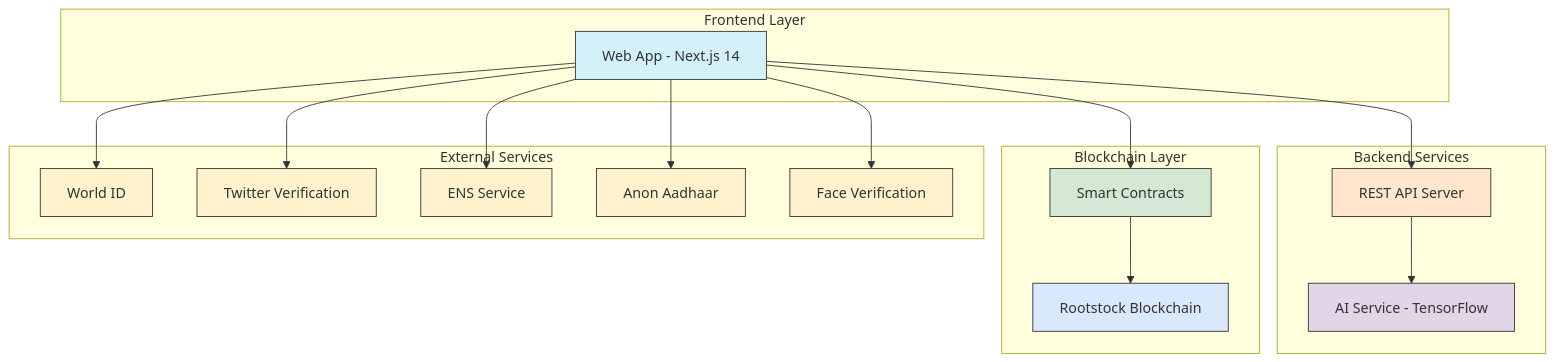
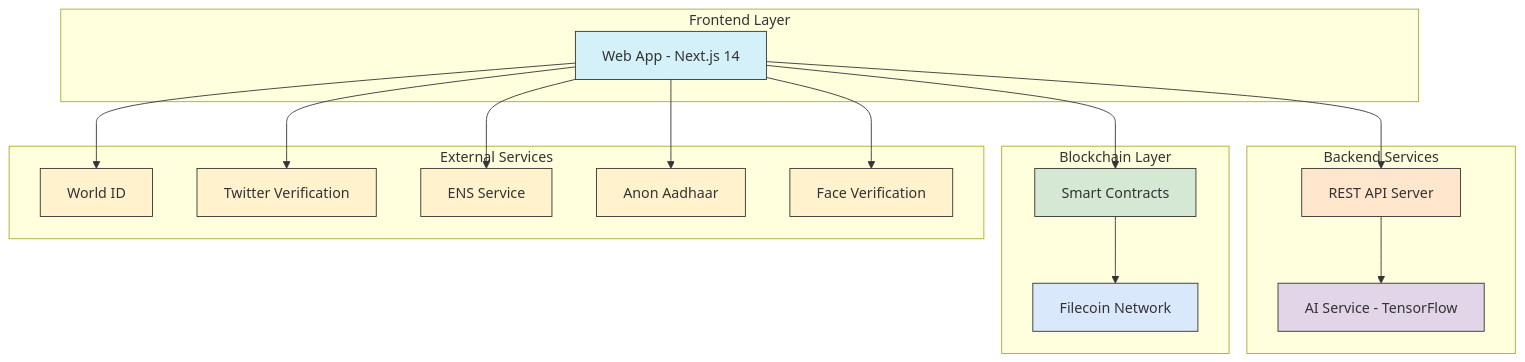
Before and after one commit to 0xKryptonian/universal-id: the first of 2 diagrams in README.md, drawn with Mermaid. The commit also changed other lines of this file, not shown here.

````diff
--- a/README.md
+++ b/README.md
@@ -30,45 +25,45 @@
 ```mermaid
 graph TD
     subgraph "Frontend Layer"
         WebApp[Web App - Next.js 14]
         style WebApp fill:#D4F1F9,stroke:#333
     end
 
     subgraph "Backend Services"
         Server[REST API Server]
         AI[AI Service - TensorFlow]
         style Server fill:#FFE6CC,stroke:#333
         style AI fill:#E1D5E7,stroke:#333
     end
 
     subgraph "Blockchain Layer"
         Contracts[Smart Contracts]
-        RootstockBC[Rootstock Blockchain]
+        FilecoinBC[Filecoin Network]
         style Contracts fill:#D5E8D4,stroke:#333
-        style RootstockBC fill:#DAE8FC,stroke:#333
+        style FilecoinBC fill:#DAE8FC,stroke:#333
     end
 
     subgraph "External Services"
         WorldCoin[World ID]
         Twitter[Twitter Verification]
         ENS[ENS Service]
         AnonAadhaar[Anon Aadhaar]
         FaceVerification[Face Verification]
         style WorldCoin fill:#FFF2CC,stroke:#333
         style Twitter fill:#FFF2CC,stroke:#333
         style ENS fill:#FFF2CC,stroke:#333
         style AnonAadhaar fill:#FFF2CC,stroke:#333
         style FaceVerification fill:#FFF2CC,stroke:#333
     end
 
     WebApp --> Server
     WebApp --> Contracts
     Server --> AI
-    Contracts --> RootstockBC
+    Contracts --> FilecoinBC
 
     WebApp --> WorldCoin
     WebApp --> Twitter
     WebApp --> ENS
     WebApp --> AnonAadhaar
     WebApp --> FaceVerification
 ```
````
